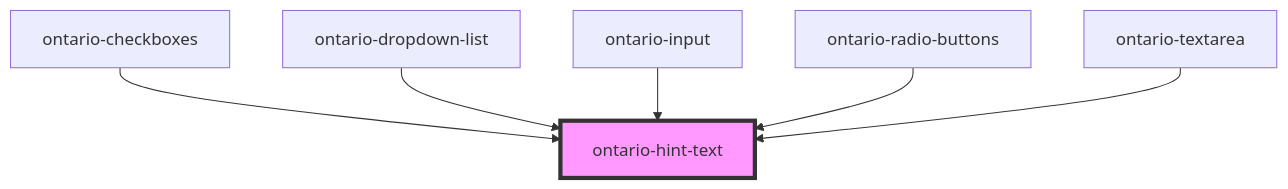
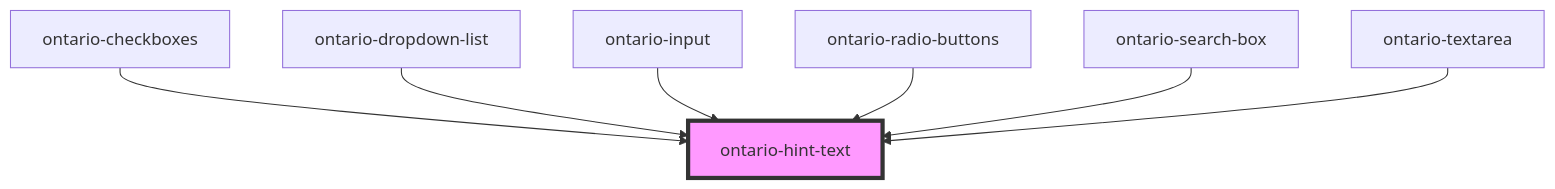
The diagram in packages/ontario-design-system-component-library/src/components/ontario-hint-text/readme.md (ongov/ontario-design-system), drawn with Mermaid before and after one commit. The commit also changed other lines of this file and 15 other files, not shown here.

First line of the commit message:
feat(ontario-search-box): add component to library

````diff
--- a/packages/ontario-design-system-component-library/src/components/ontario-hint-text/readme.md
+++ b/packages/ontario-design-system-component-library/src/components/ontario-hint-text/readme.md
@@ -74,9 +75,10 @@
 ```mermaid
 graph TD;
   ontario-checkboxes --> ontario-hint-text
   ontario-dropdown-list --> ontario-hint-text
   ontario-input --> ontario-hint-text
   ontario-radio-buttons --> ontario-hint-text
+  ontario-search-box --> ontario-hint-text
   ontario-textarea --> ontario-hint-text
   style ontario-hint-text fill:#f9f,stroke:#333,stroke-width:4px
 ```
````
